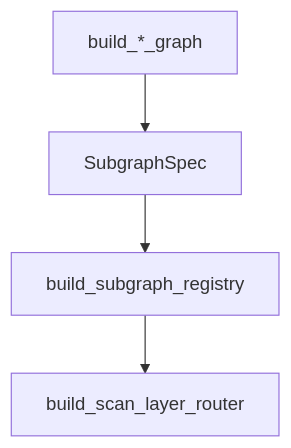
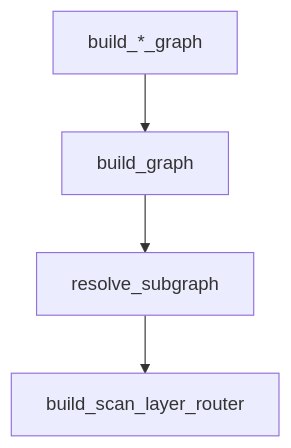
One commit to nadeem4/nl2sql changed the diagram in docs/development/index.md. Above: the diagram before and after it, drawn with Mermaid. The commit also changed other lines of this file and 25 other files, not shown here.

````diff
--- a/docs/development/index.md
+++ b/docs/development/index.md
@@ -17,6 +18,6 @@
 ```mermaid
 flowchart TD
-    Subgraph[build_*_graph] --> Spec[SubgraphSpec]
-    Spec --> Registry[build_subgraph_registry]
-    Registry --> Router[build_scan_layer_router]
+    Subgraph[build_*_graph] --> Graph[build_graph]
+    Graph --> Resolve[resolve_subgraph]
+    Resolve --> Router[build_scan_layer_router]
 ```
````
